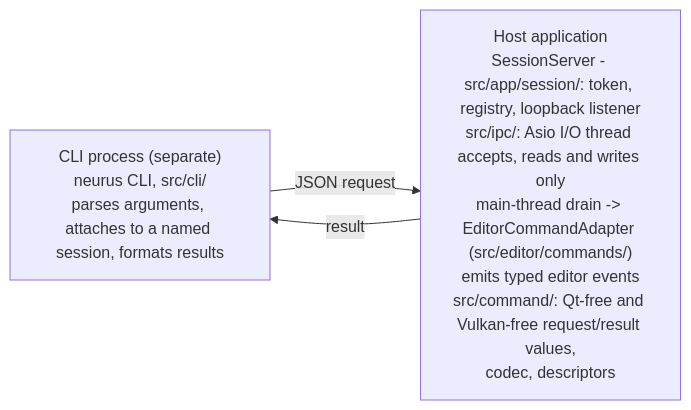
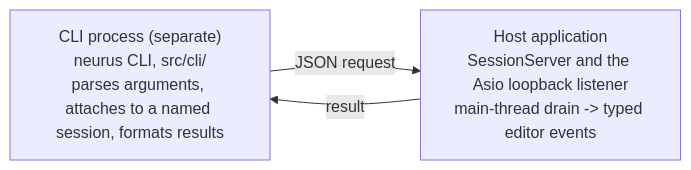
Before and after one commit to XDzZyq/Neurus: the fourth of 4 diagrams in docs/architecture/overview.md, drawn with Mermaid. The commit also changed other lines of this file and 9 other files, not shown here.

First line of the commit message:
docs(diagrams): drop the figure caption and trim node labels

````diff
--- a/docs/architecture/overview.md
+++ b/docs/architecture/overview.md
@@ -81,8 +81,8 @@
 ```mermaid
 flowchart LR
     cli["CLI process (separate)<br/>neurus CLI, src/cli/<br/>parses arguments, attaches to a named session, formats results"]
-    host["Host application<br/>SessionServer - src/app/session/: token, registry, loopback listener<br/>src/ipc/: Asio I/O thread accepts, reads and writes only<br/>main-thread drain -> EditorCommandAdapter (src/editor/commands/)<br/>emits typed editor events<br/>src/command/: Qt-free and Vulkan-free request/result values,<br/>codec, descriptors"]
+    host["Host application<br/>SessionServer and the Asio loopback listener<br/>main-thread drain -> typed editor events"]
 
     cli -->|"JSON request"| host
     host -->|"result"| cli
 ```
````
